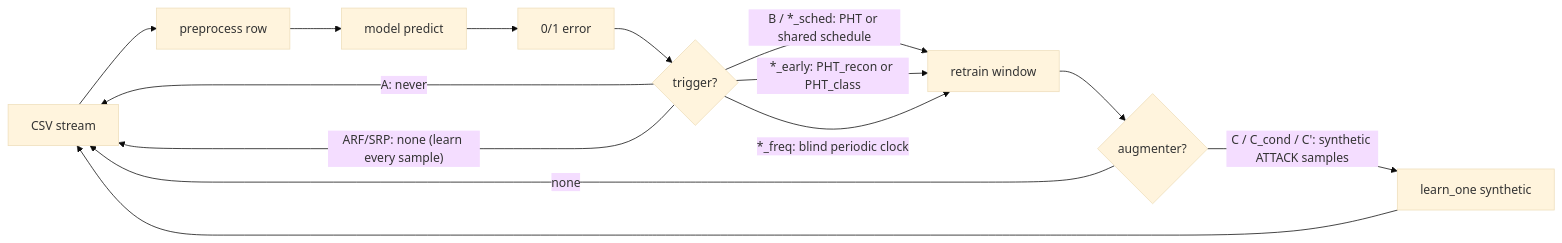
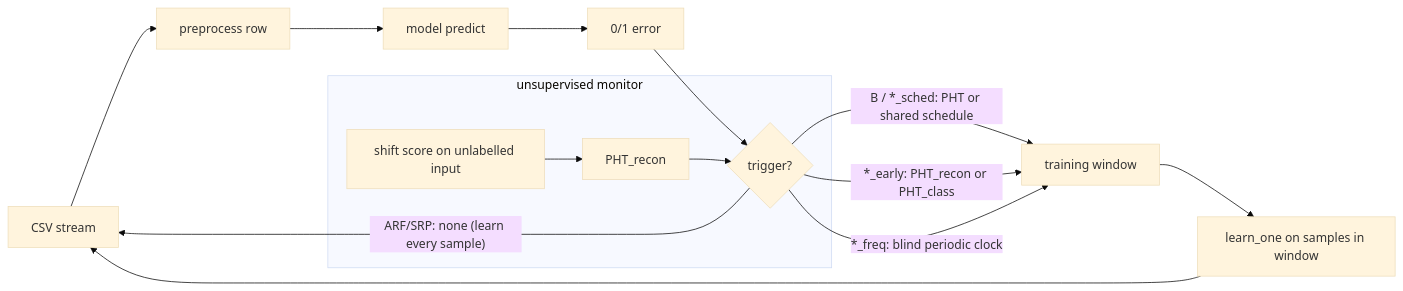
The diagram in README.md (antoniol00/pace-drift), drawn with Mermaid (base theme) before and after one commit. The commit also changed other lines of this file and 65 other files, not shown here.

````diff
--- a/README.md
+++ b/README.md
@@ -55,16 +54,16 @@
 ```mermaid
 flowchart LR
     S[CSV stream] --> P[preprocess row]
     P --> M[model predict]
     M --> E[0/1 error]
     E --> T{trigger?}
-    T -- "A: never" --> S
-    T -- "B / *_sched: PHT or shared schedule" --> W[retrain window]
+    T -- "B / *_sched: PHT or shared schedule" --> W[training window]
     T -- "*_early: PHT_recon or PHT_class" --> W
     T -- "*_freq: blind periodic clock" --> W
     T -- "ARF/SRP: none (learn every sample)" --> S
-    W --> G{augmenter?}
-    G -- "C / C_cond / C': synthetic ATTACK samples" --> L[learn_one synthetic]
-    G -- "none" --> S
+    W --> L[learn_one on samples in window]
     L --> S
+    subgraph mon [unsupervised monitor]
+      MO[shift score on unlabelled input] --> RP[PHT_recon] --> T
+    end
 ```
````
